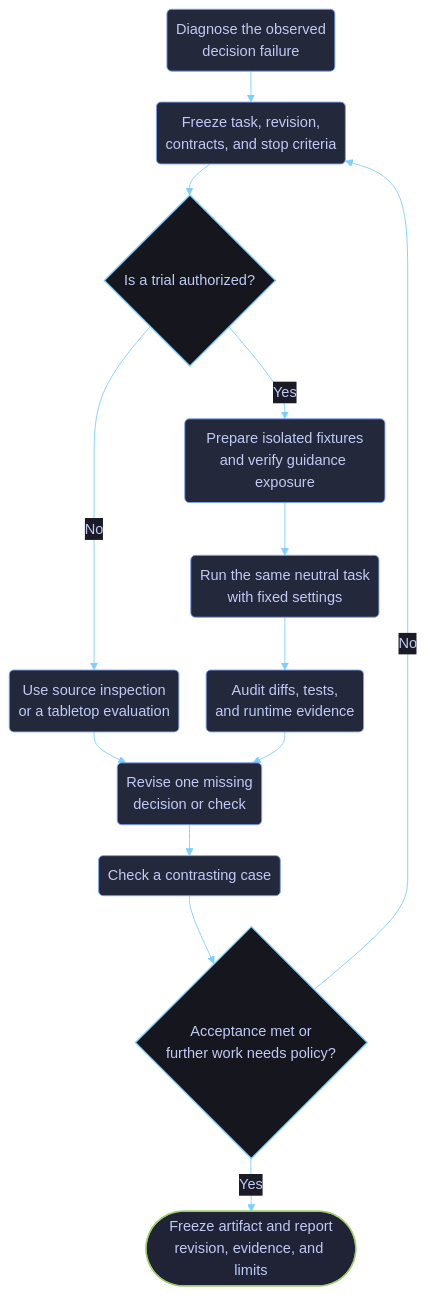
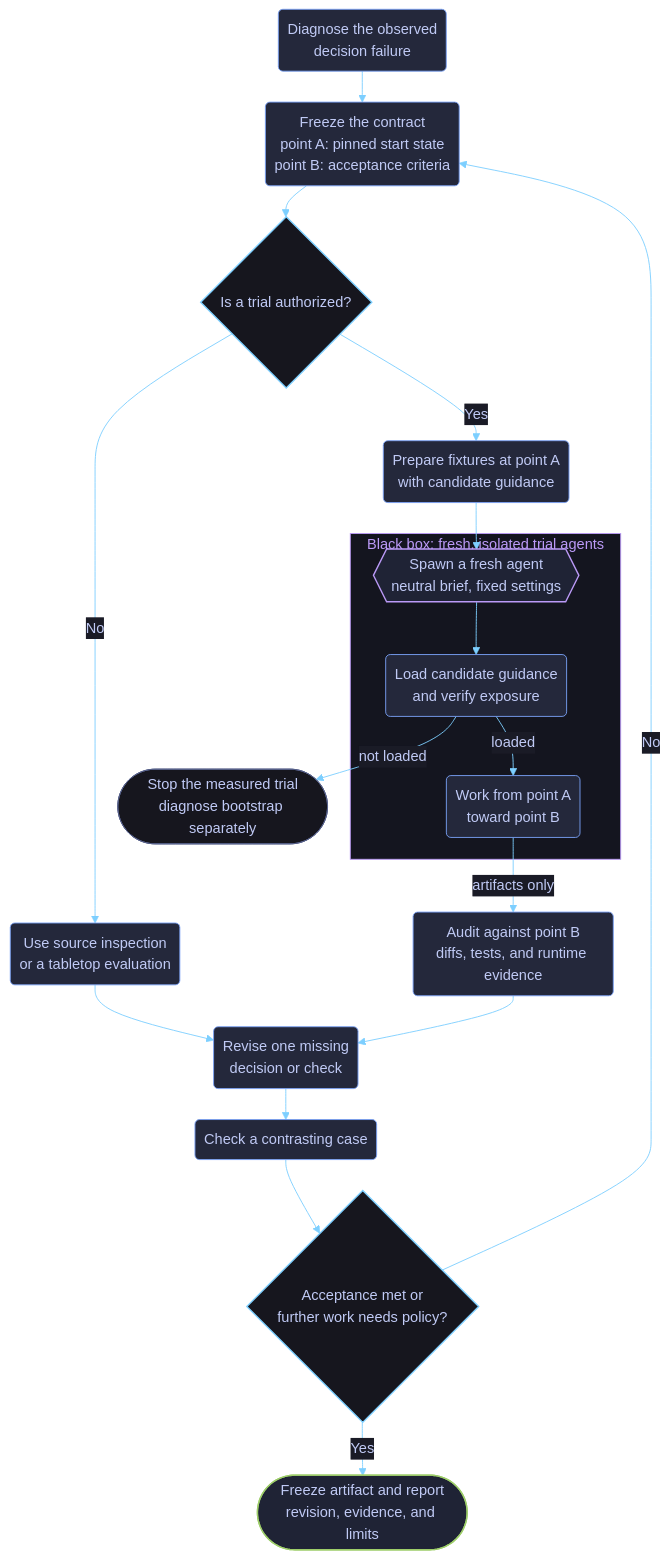
The diagram in docs/skill-workflows/refine-agent-guidance.md (dvo-dev/copilot-guidance), drawn with Mermaid before and after one commit. The commit also changed other lines of this file and 1 other file, not shown here.

First line of the commit message:
Explain black-box trial agents in refine-agent-guidance docs (#17)

````diff
--- a/docs/skill-workflows/refine-agent-guidance.md
+++ b/docs/skill-workflows/refine-agent-guidance.md
@@ -15,23 +28,38 @@
 ```mermaid
 %%{init: {"theme":"base","themeVariables":{"background":"#1a1b26","primaryColor":"#24283b","primaryTextColor":"#c0caf5","primaryBorderColor":"#7aa2f7","secondaryColor":"#1f2335","secondaryTextColor":"#c0caf5","secondaryBorderColor":"#bb9af7","tertiaryColor":"#16161e","tertiaryTextColor":"#c0caf5","tertiaryBorderColor":"#7dcfff","lineColor":"#7dcfff","textColor":"#c0caf5","mainBkg":"#24283b","nodeBorder":"#7aa2f7","clusterBkg":"#16161e","clusterBorder":"#565f89","defaultLinkColor":"#7dcfff","edgeLabelBackground":"#1a1b26","titleColor":"#bb9af7","fontFamily":"ui-monospace, SFMono-Regular, Menlo, Monaco, Consolas, Liberation Mono, monospace"},"flowchart":{"curve":"basis","htmlLabels":true,"nodeSpacing":30,"rankSpacing":34,"padding":10}}}%%
 flowchart TD
-    A("Diagnose the observed<br/>decision failure") --> B("Freeze task, revision,<br/>contracts, and stop criteria")
+    A("Diagnose the observed<br/>decision failure") --> B("Freeze the contract<br/>point A: pinned start state<br/>point B: acceptance criteria")
     B --> C{"Is a trial authorized?"}
     C -->|No| D("Use source inspection<br/>or a tabletop evaluation")
-    C -->|Yes| E("Prepare isolated fixtures<br/>and verify guidance exposure")
-    E --> F("Run the same neutral task<br/>with fixed settings")
-    F --> G("Audit diffs, tests,<br/>and runtime evidence")
+    C -->|Yes| E("Prepare fixtures at point A<br/>with candidate guidance")
+
+    subgraph TRIAL["Black box: fresh, isolated trial agents"]
+        F{{"Spawn a fresh agent<br/>neutral brief, fixed settings"}}
+        V("Load candidate guidance<br/>and verify exposure")
+        W("Work from point A<br/>toward point B")
+    end
+
+    E --> F --> V
+    V -->|loaded| W
+    V -->|not loaded| X(["Stop the measured trial<br/>diagnose bootstrap separately"])
+    W -->|artifacts only| G("Audit against point B<br/>diffs, tests, and runtime evidence")
     D --> H("Revise one missing<br/>decision or check")
     G --> H
     H --> I("Check a contrasting case")
     I --> J{"Acceptance met or<br/>further work needs policy?"}
     J -->|No| B
     J -->|Yes| K(["Freeze artifact and report<br/>revision, evidence, and limits"])
 
     classDef stage fill:#24283b,stroke:#7aa2f7,stroke-width:1px,color:#c0caf5;
+    classDef delegated fill:#1f2335,stroke:#bb9af7,stroke-width:1.5px,color:#c0caf5;
     classDef outcome fill:#1f2335,stroke:#9ece6a,stroke-width:1.5px,color:#c0caf5;
+    classDef terminal fill:#16161e,stroke:#565f89,stroke-width:1px,color:#c0caf5;
     classDef decision fill:#16161e,stroke:#7dcfff,stroke-width:1.5px,color:#c0caf5;
-    class A,B,D,E,F,G,H,I stage;
+    class A,B,D,E,V,W,G,H,I stage;
+    class F delegated;
     class K outcome;
+    class X terminal;
     class C,J decision;
+
+    style TRIAL fill:#14151f,stroke:#bb9af7,stroke-width:1px,color:#bb9af7;
 ```
````
